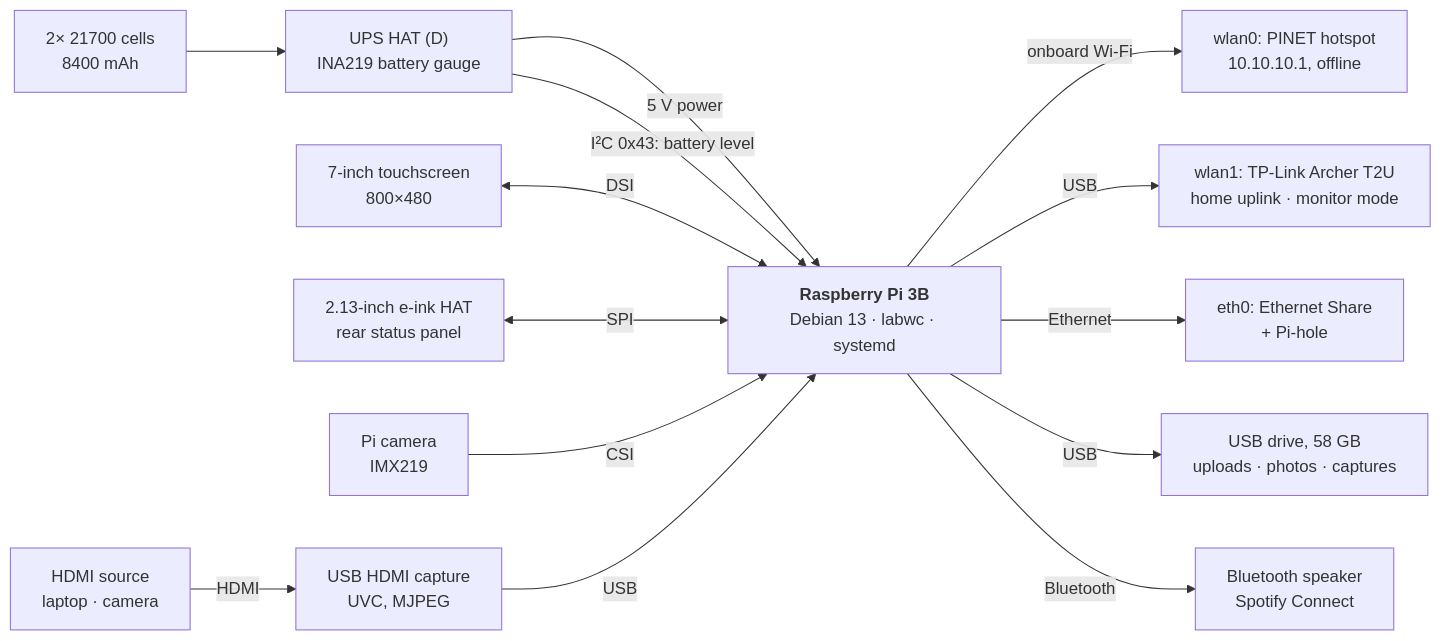
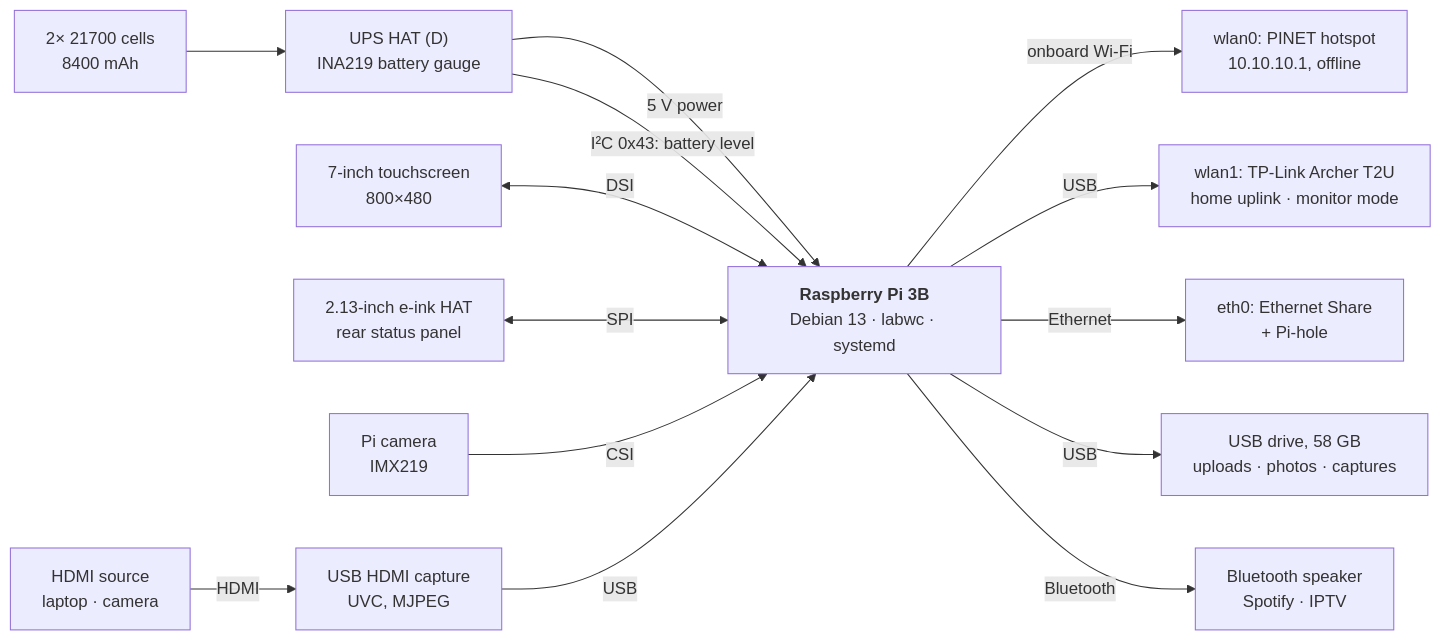
One commit to rupal2k/pinet changed the diagram in README.md. Above: the diagram before and after it, drawn with Mermaid. The commit also changed other lines of this file and 16 other files, not shown here.

First line of the commit message:
Media Centre: Spotify, IPTV and HDMI Monitor behind one desktop icon

````diff
--- a/README.md
+++ b/README.md
@@ -93,20 +96,20 @@
 ```mermaid
 flowchart LR
     BAT["2× 21700 cells<br/>8400 mAh"] --> UPS["UPS HAT (D)<br/>INA219 battery gauge"]
     UPS -->|5 V power| PI
     UPS -->|"I²C 0x43: battery level"| PI
 
     PI["<b>Raspberry Pi 3B</b><br/>Debian 13 · labwc · systemd"]
 
     LCD["7-inch touchscreen<br/>800×480"] <-->|DSI| PI
     EINK["2.13-inch e-ink HAT<br/>rear status panel"] <-->|SPI| PI
     CAM["Pi camera<br/>IMX219"] -->|CSI| PI
 
     PI -->|onboard Wi-Fi| WLAN0["wlan0: PINET hotspot<br/>10.10.10.1, offline"]
     PI -->|USB| WLAN1["wlan1: TP-Link Archer T2U<br/>home uplink · monitor mode"]
     PI -->|Ethernet| ETH["eth0: Ethernet Share<br/>+ Pi-hole"]
     PI -->|USB| DRIVE["USB drive, 58 GB<br/>uploads · photos · captures"]
-    PI -->|Bluetooth| SPK["Bluetooth speaker<br/>Spotify Connect"]
+    PI -->|Bluetooth| SPK["Bluetooth speaker<br/>Spotify · IPTV"]
     HDMI["HDMI source<br/>laptop · camera"] -->|HDMI| CAP["USB HDMI capture<br/>UVC, MJPEG"]
     CAP -->|USB| PI
 ```
````
